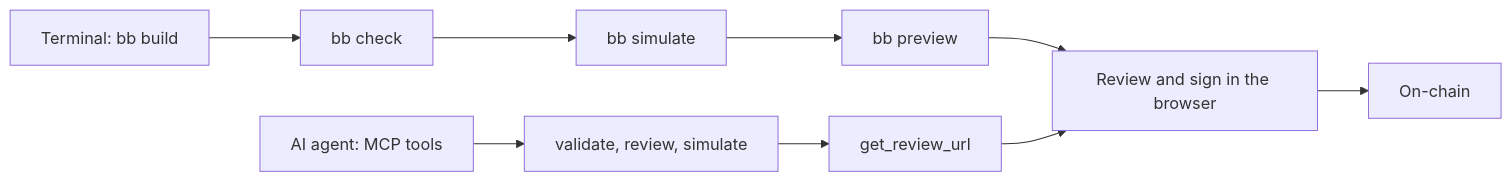
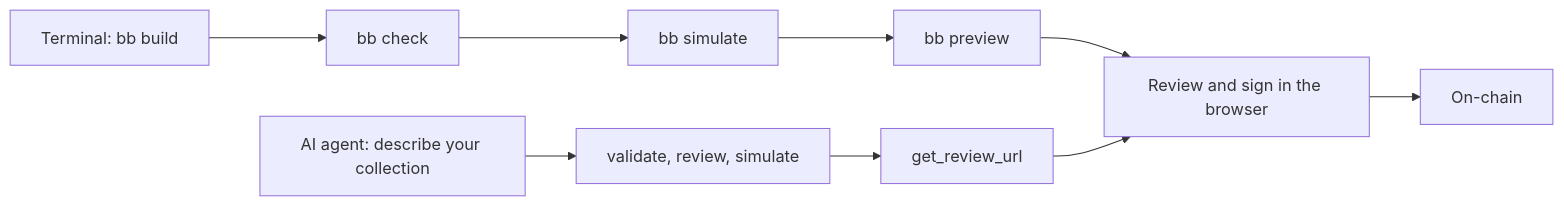
The diagram in start/first-collection.md (BitBadges/bitbadges-docs), drawn with Mermaid before and after one commit. The commit also changed other lines of this file and 12 other files, not shown here.

Commit message:
docs: make AI builder the primary collection creation flow (#120)

````diff
--- a/start/first-collection.md
+++ b/start/first-collection.md
@@ -16,11 +13,11 @@
 ```mermaid title="Two ways in, one review link"
 flowchart LR
+  A["AI agent: describe your collection"] --> V["validate, review, simulate"]
+  V --> R["get_review_url"]
   T["Terminal: bb build"] --> C["bb check"]
   C --> S["bb simulate"]
   S --> P["bb preview"]
-  A["AI agent: MCP tools"] --> V["validate, review, simulate"]
-  V --> R["get_review_url"]
   P --> L["Review and sign in the browser"]
   R --> L
   L --> O["On-chain"]
 ```
````
